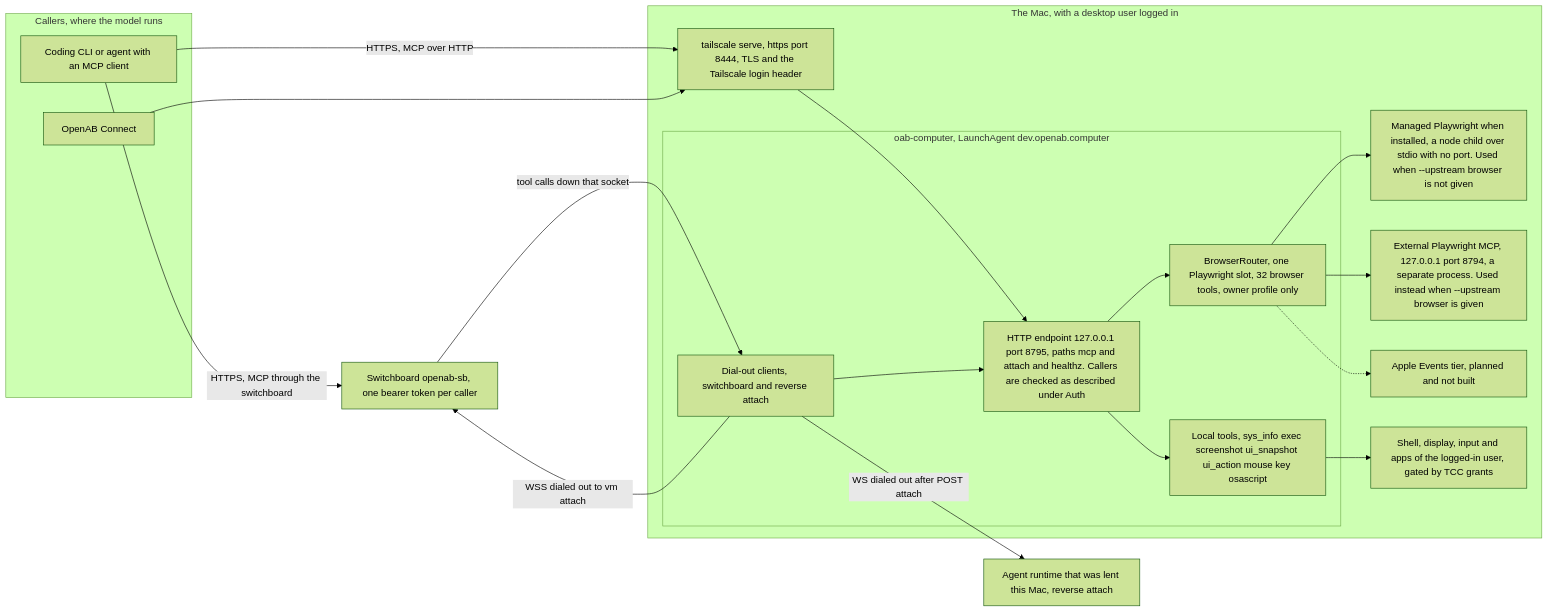
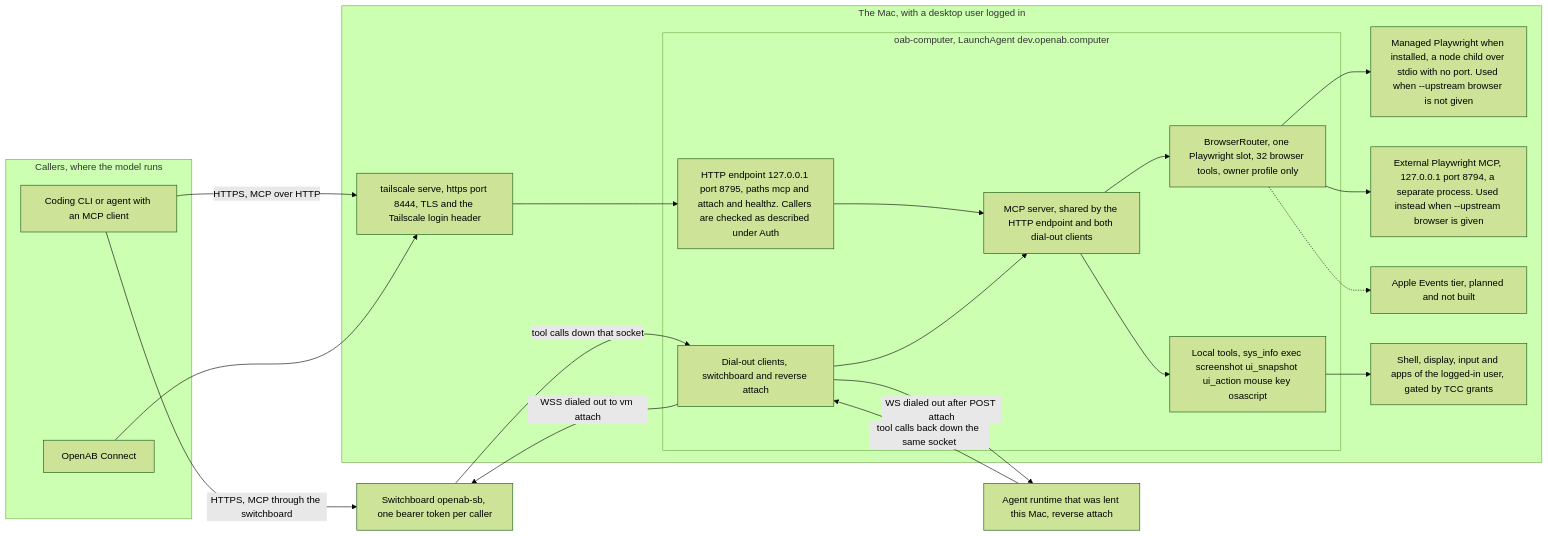
The first of 2 diagrams in README.md (openabdev/openab-computer), drawn with Mermaid (forest theme) before and after one commit. The commit also changed other lines of this file and 5 other files, not shown here.

````diff
--- a/README.md
+++ b/README.md
@@ -27,39 +27,42 @@
 ```mermaid
 flowchart LR
     subgraph callers["Callers, where the model runs"]
         cli["Coding CLI or agent with an MCP client"]
         connect["OpenAB Connect"]
     end
 
     sb["Switchboard openab-sb, one bearer token per caller"]
     rt["Agent runtime that was lent this Mac, reverse attach"]
 
     subgraph mac["The Mac, with a desktop user logged in"]
         ts["tailscale serve, https port 8444, TLS and the Tailscale login header"]
         subgraph app["oab-computer, LaunchAgent dev.openab.computer"]
             ep["HTTP endpoint 127.0.0.1 port 8795, paths mcp and attach and healthz. Callers are checked as described under Auth"]
+            mcp["MCP server, shared by the HTTP endpoint and both dial-out clients"]
             tools["Local tools, sys_info exec screenshot ui_snapshot ui_action mouse key osascript"]
             router["BrowserRouter, one Playwright slot, 32 browser tools, owner profile only"]
             dial["Dial-out clients, switchboard and reverse attach"]
         end
         managed["Managed Playwright when installed, a node child over stdio with no port. Used when --upstream browser is not given"]
         ext["External Playwright MCP, 127.0.0.1 port 8794, a separate process. Used instead when --upstream browser is given"]
         ae["Apple Events tier, planned and not built"]
         os["Shell, display, input and apps of the logged-in user, gated by TCC grants"]
     end
 
     cli -- "HTTPS, MCP over HTTP" --> ts
     connect --> ts
     ts --> ep
     cli -- "HTTPS, MCP through the switchboard" --> sb
     dial -- "WSS dialed out to vm attach" --> sb
     sb -- "tool calls down that socket" --> dial
     dial -- "WS dialed out after POST attach" --> rt
-    ep --> tools
-    ep --> router
-    dial --> ep
+    rt -- "tool calls back down the same socket" --> dial
+    ep --> mcp
+    dial --> mcp
+    mcp --> tools
+    mcp --> router
     router --> managed
     router --> ext
     router -.-> ae
     tools --> os
 ```
````
